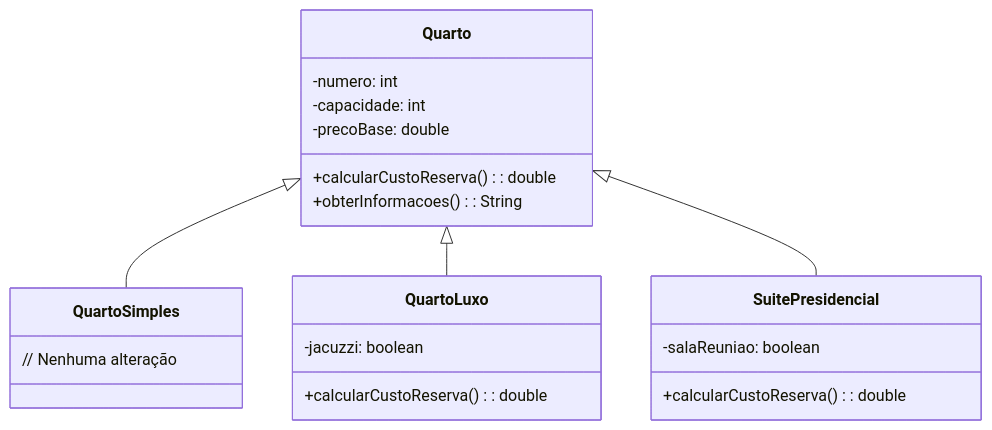
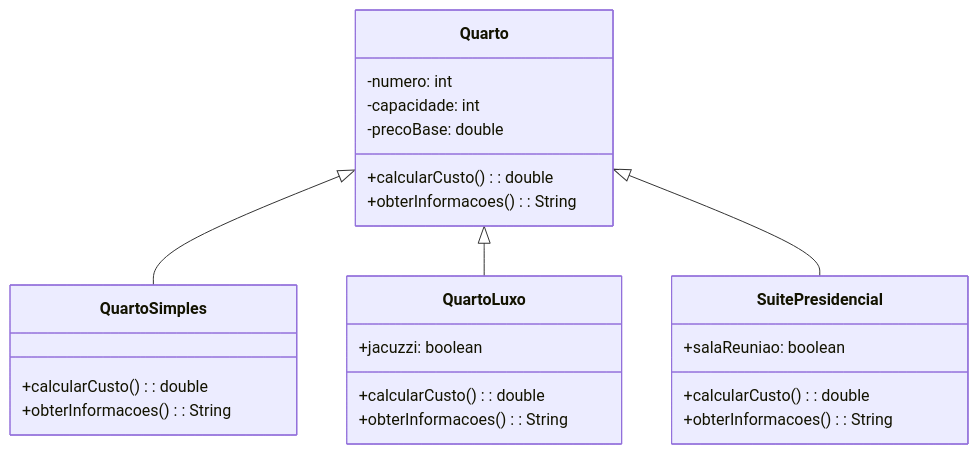
Before and after one commit to liviaaVS/PEOO-TADS-II-PERIODO: the third of 3 diagrams in ExercícioSala/README.md, drawn with Mermaid. The commit also changed other lines of this file, not shown here.

Commit message:
Ajustes no README.md(nos diagramas) 2

````diff
--- a/ExercícioSala/README.md
+++ b/ExercícioSala/README.md
@@ -88,28 +94,31 @@
 ```mermaid
 classDiagram
   class Quarto {
     -numero: int
     -capacidade: int
     -precoBase: double
-    +calcularCustoReserva(): double
+    +calcularCusto(): double
     +obterInformacoes(): String
   }
 
   class QuartoSimples {
-    // Nenhuma alteração
+    +calcularCusto(): double
+    +obterInformacoes(): String
   }
 
   class QuartoLuxo {
-    -jacuzzi: boolean
-    +calcularCustoReserva(): double
+    +jacuzzi: boolean
+    +calcularCusto(): double
+    +obterInformacoes(): String
   }
 
   class SuitePresidencial {
-    -salaReuniao: boolean
-    +calcularCustoReserva(): double
+    +salaReuniao: boolean
+    +calcularCusto(): double
+    +obterInformacoes(): String
   }
 
   Quarto <|-- QuartoSimples
   Quarto <|-- QuartoLuxo
   Quarto <|-- SuitePresidencial
 ```
````
